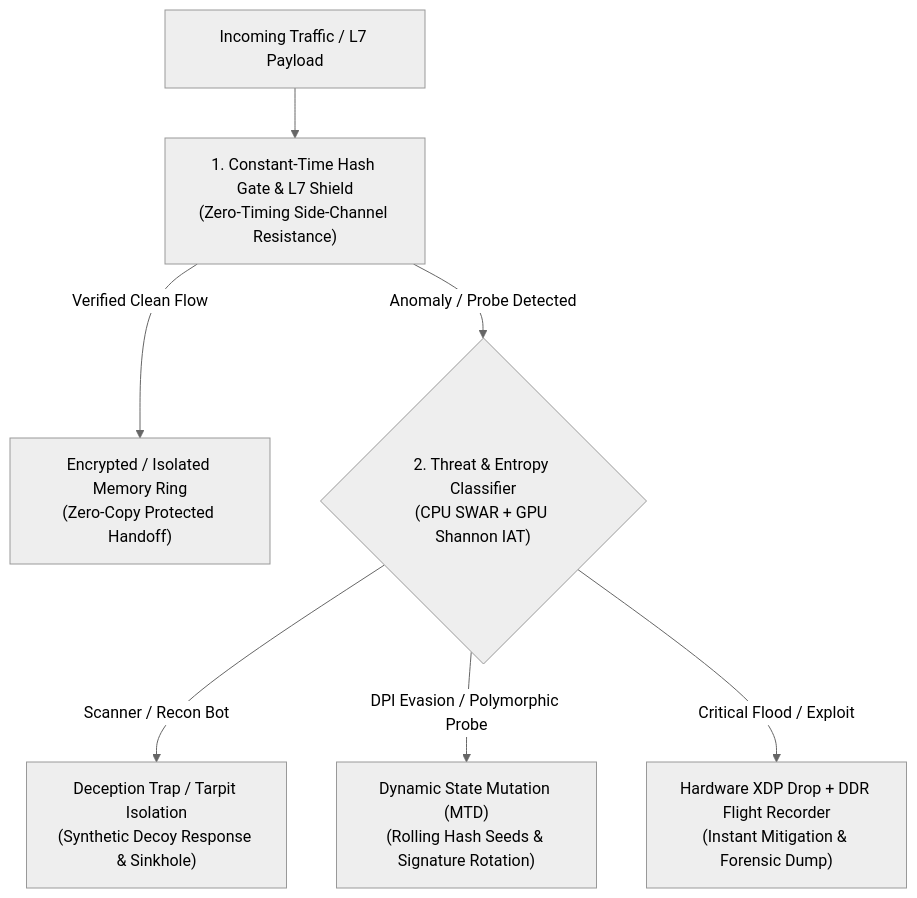
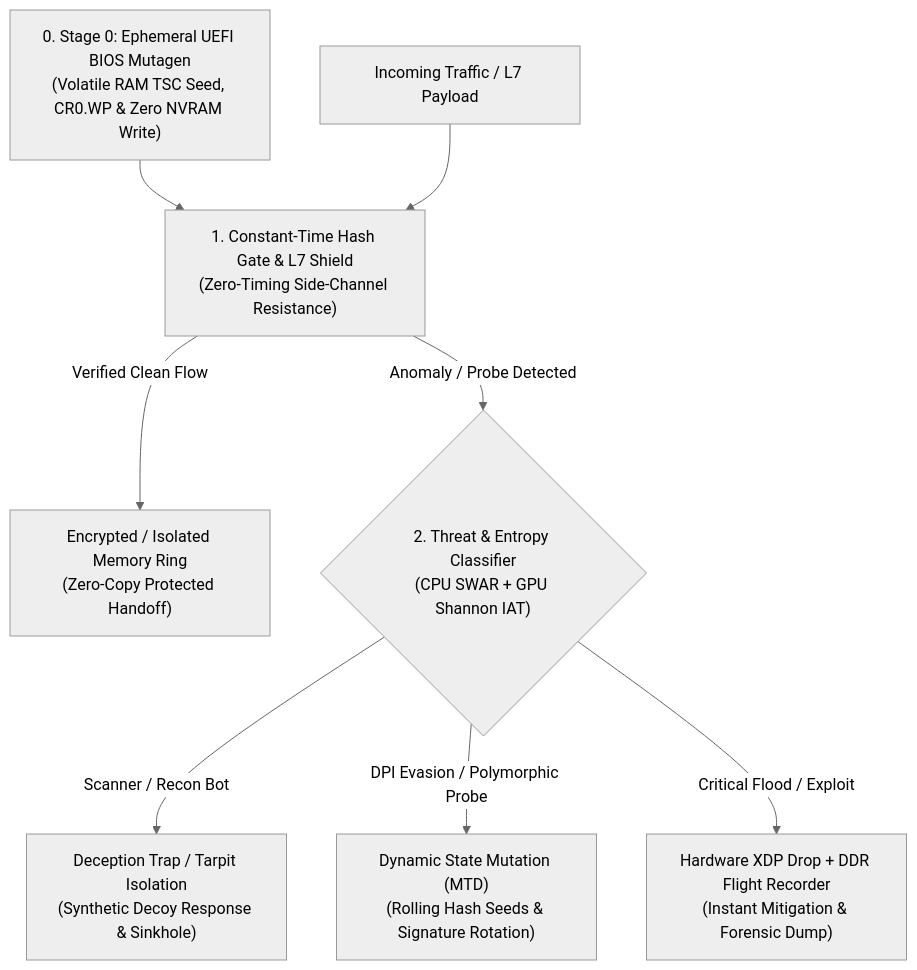
Before and after one commit to zerokull1/zero-timing-manifesto: the second of 2 diagrams in README.md, drawn with Mermaid (neutral theme).

Commit message:
docs(architecture): add Stage 0 Ephemeral UEFI BIOS Mutagen to active security & mutation pipeline

````diff
--- a/README.md
+++ b/README.md
@@ -29,11 +29,12 @@
 ```mermaid
 flowchart TD
-    IN["Incoming Traffic / L7 Payload"] --> GATE["1. Constant-Time Hash Gate & L7 Shield<br/>(Zero-Timing Side-Channel Resistance)"]
+    BOOT["0. Stage 0: Ephemeral UEFI BIOS Mutagen<br/>(Volatile RAM TSC Seed, CR0.WP & Zero NVRAM Write)"] --> GATE["1. Constant-Time Hash Gate & L7 Shield<br/>(Zero-Timing Side-Channel Resistance)"]
+    IN["Incoming Traffic / L7 Payload"] --> GATE
     
     GATE -- "Verified Clean Flow" --> ENC["Encrypted / Isolated Memory Ring<br/>(Zero-Copy Protected Handoff)"]
     GATE -- "Anomaly / Probe Detected" --> TRAP{"2. Threat & Entropy Classifier<br/>(CPU SWAR + GPU Shannon IAT)"}
     
     TRAP -- "Scanner / Recon Bot" --> HONEY["Deception Trap / Tarpit Isolation<br/>(Synthetic Decoy Response & Sinkhole)"]
     TRAP -- "DPI Evasion / Polymorphic Probe" --> MUT["Dynamic State Mutation (MTD)<br/>(Rolling Hash Seeds & Signature Rotation)"]
     TRAP -- "Critical Flood / Exploit" --> DROP["Hardware XDP Drop + DDR Flight Recorder<br/>(Instant Mitigation & Forensic Dump)"]
 ```
````
